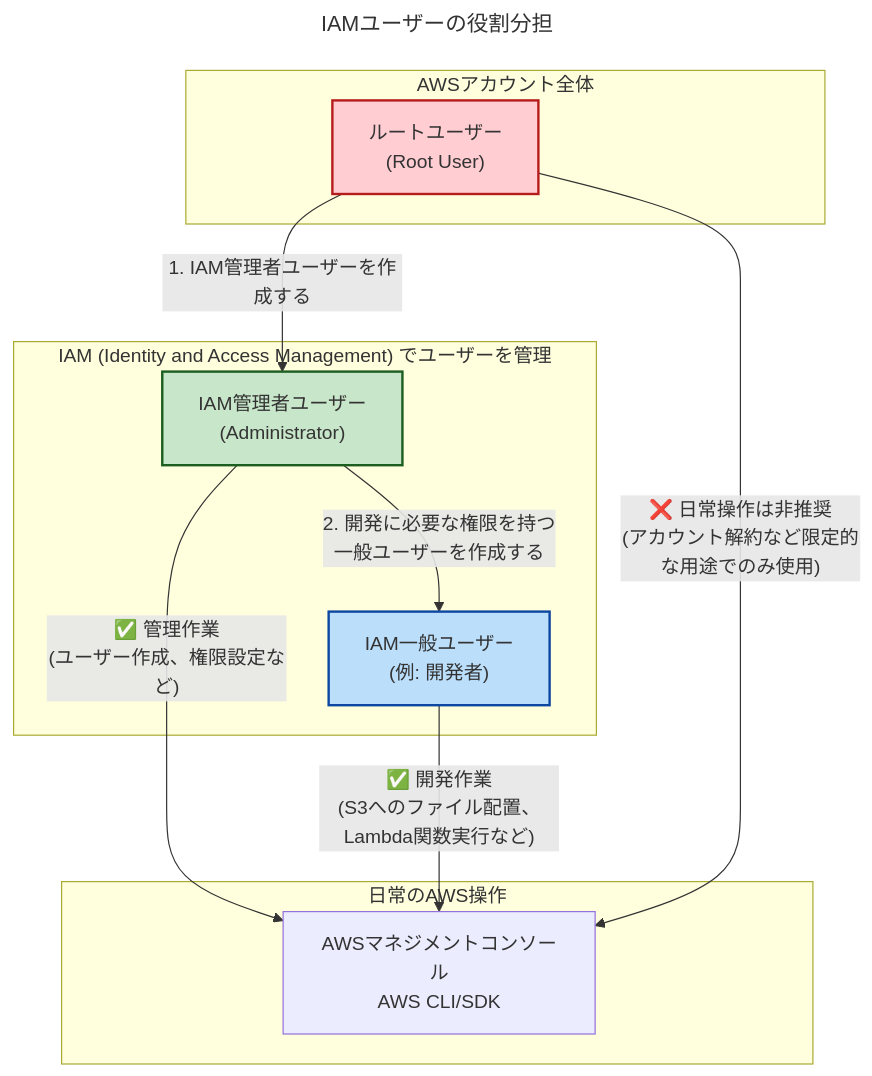
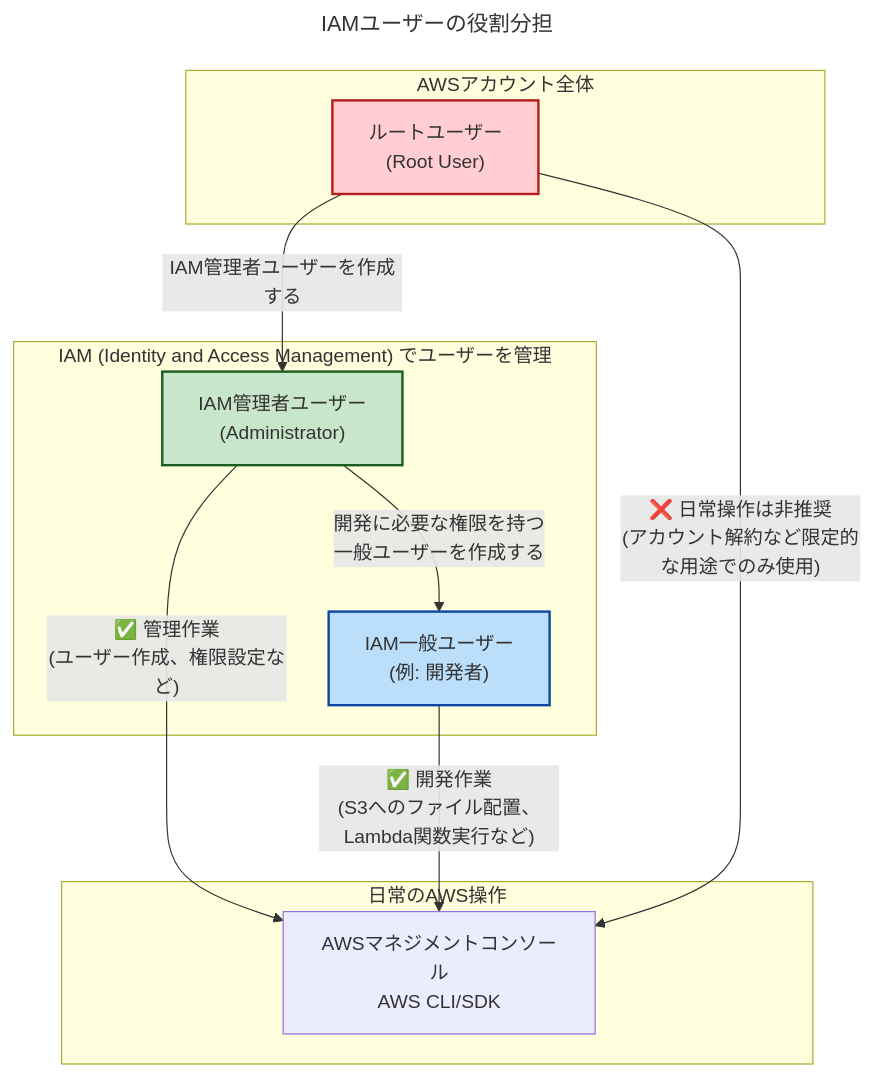
The diagram in docs/backend/guides/【入力】開発_IAM管理者ユーザーの解説.md (hirokun-hub/python-excel-unlocker), drawn with Mermaid before and after one commit.

Commit message:
Update 【入力】開発_IAM管理者ユーザーの解説.md
mermaidエラー解消

````diff
--- a/docs/backend/guides/【入力】開発_IAM管理者ユーザーの解説.md
+++ b/docs/backend/guides/【入力】開発_IAM管理者ユーザーの解説.md
@@ -41,29 +41,29 @@
 ```mermaid
 ---
 title: "IAMユーザーの役割分担"
 ---
 graph TD
     subgraph "AWSアカウント全体"
         A["ルートユーザー<br>(Root User)"]
     end
 
     subgraph "IAM (Identity and Access Management) でユーザーを管理"
         B["IAM管理者ユーザー<br>(Administrator)"]
         C["IAM一般ユーザー<br>(例: 開発者)"]
     end
 
-    A -- "1. IAM管理者ユーザーを作成する" --> B
-    B -- "2. 開発に必要な権限を持つ<br>一般ユーザーを作成する" --> C
+    A -- "IAM管理者ユーザーを作成する" --> B
+    B -- "開発に必要な権限を持つ<br>一般ユーザーを作成する" --> C
 
     subgraph "日常のAWS操作"
         D["AWSマネジメントコンソール<br>AWS CLI/SDK"]
     end
 
     B -- "✅ 管理作業<br>(ユーザー作成、権限設定など)" --> D
     C -- "✅ 開発作業<br>(S3へのファイル配置、Lambda関数実行など)" --> D
     A -- "❌ 日常操作は非推奨<br>(アカウント解約など限定的な用途でのみ使用)" --> D
 
     style A fill:#ffcdd2,stroke:#b71c1c,stroke-width:2px
     style B fill:#c8e6c9,stroke:#1b5e20,stroke-width:2px
     style C fill:#bbdefb,stroke:#0d47a1,stroke-width:2px
 ```
````
